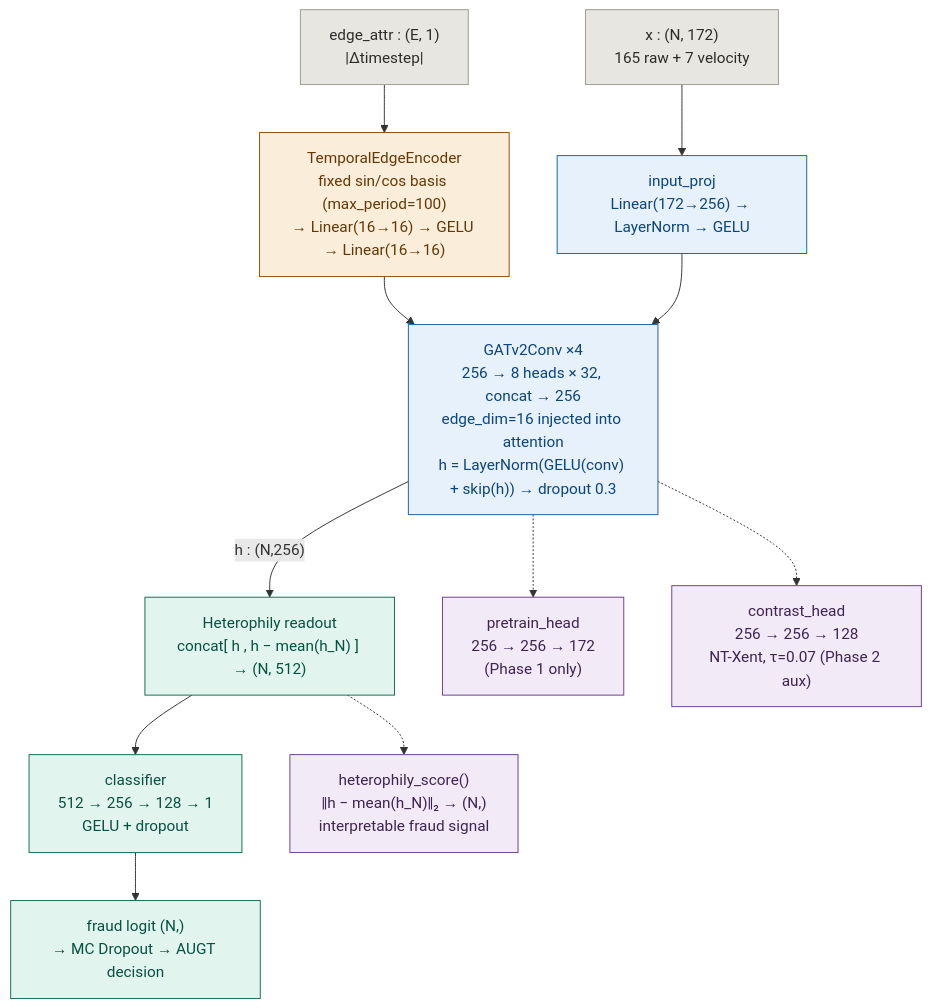
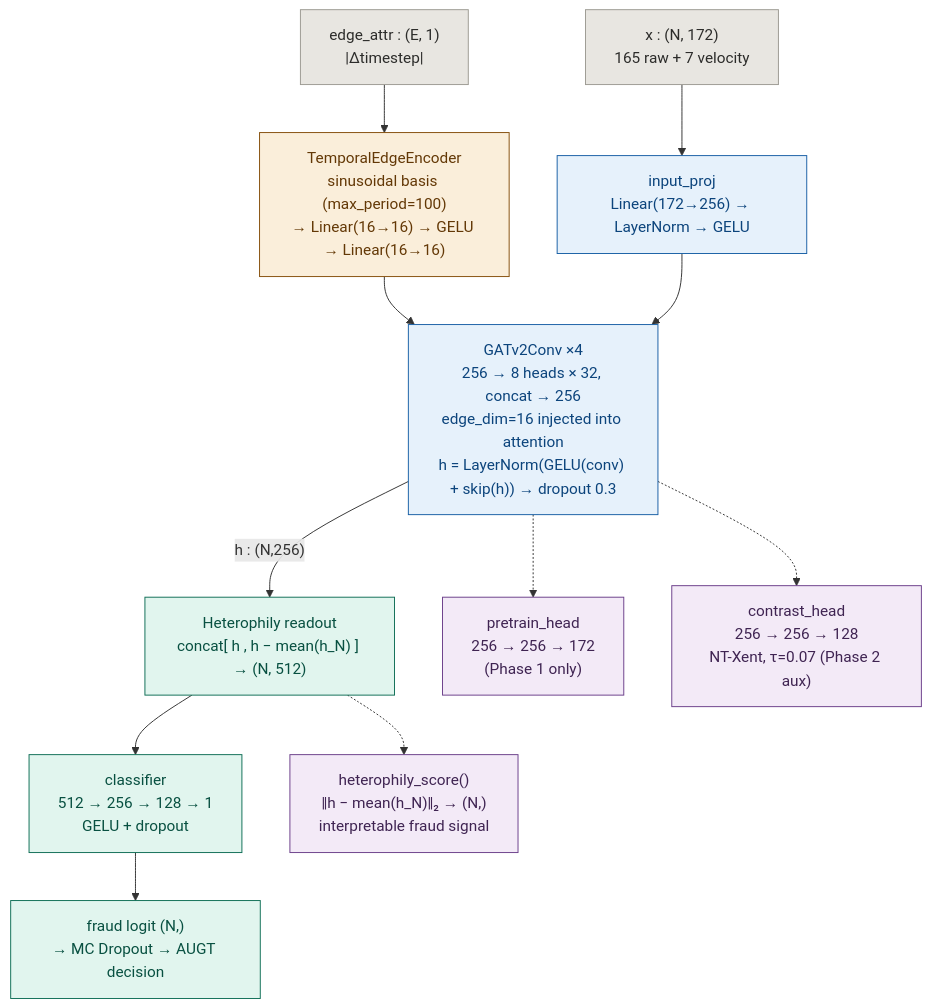
The second of 2 diagrams in README.md (ria0304/Bitcoin-Transaction-Fraud-Detection-), drawn with Mermaid before and after one commit. The commit also changed other lines of this file, not shown here.

````diff
--- a/README.md
+++ b/README.md
@@ -131,28 +171,28 @@
 ```mermaid
 flowchart TD
     X["x : (N, 172)<br/>165 raw + 7 velocity"]:::inp
     EA["edge_attr : (E, 1)<br/>|Δtimestep|"]:::inp
-    EE["TemporalEdgeEncoder<br/>fixed sin/cos basis (max_period=100)<br/>→ Linear(16→16) → GELU → Linear(16→16)"]:::edge
+    EE["TemporalEdgeEncoder<br/>sinusoidal basis (max_period=100)<br/>→ Linear(16→16) → GELU → Linear(16→16)"]:::edge
     IP["input_proj<br/>Linear(172→256) → LayerNorm → GELU"]:::enc
     G1["GATv2Conv ×4<br/>256 → 8 heads × 32, concat → 256<br/>edge_dim=16 injected into attention<br/>h = LayerNorm(GELU(conv) + skip(h)) → dropout 0.3"]:::enc
     HR["Heterophily readout<br/>concat[ h , h − mean(h_N) ] → (N, 512)"]:::het
     CLS["classifier<br/>512 → 256 → 128 → 1<br/>GELU + dropout"]:::head
     PT["pretrain_head<br/>256 → 256 → 172<br/>(Phase 1 only)"]:::aux
     CT["contrast_head<br/>256 → 256 → 128<br/>NT-Xent, τ=0.07 (Phase 2 aux)"]:::aux
     HS["heterophily_score()<br/>‖h − mean(h_N)‖₂ → (N,)<br/>interpretable fraud signal"]:::aux
     OUT["fraud logit (N,)<br/>→ MC Dropout → AUGT decision"]:::head
 
     EA --> EE --> G1
     X --> IP --> G1
     G1 -->|"h : (N,256)"| HR --> CLS --> OUT
     G1 -.-> PT
     G1 -.-> CT
     HR -.-> HS
 
     classDef inp   fill:#e8e6e1,stroke:#9c9a92,color:#2C2C2A
     classDef edge  fill:#FAEEDA,stroke:#854F0B,color:#633806
     classDef enc   fill:#E6F1FB,stroke:#185FA5,color:#0C447C
     classDef het   fill:#E1F5EE,stroke:#0F6E56,color:#085041
     classDef head  fill:#E1F5EE,stroke:#0F6E56,color:#085041
     classDef aux   fill:#f3eaf7,stroke:#6b3f8a,color:#3f2452
 ```
````
